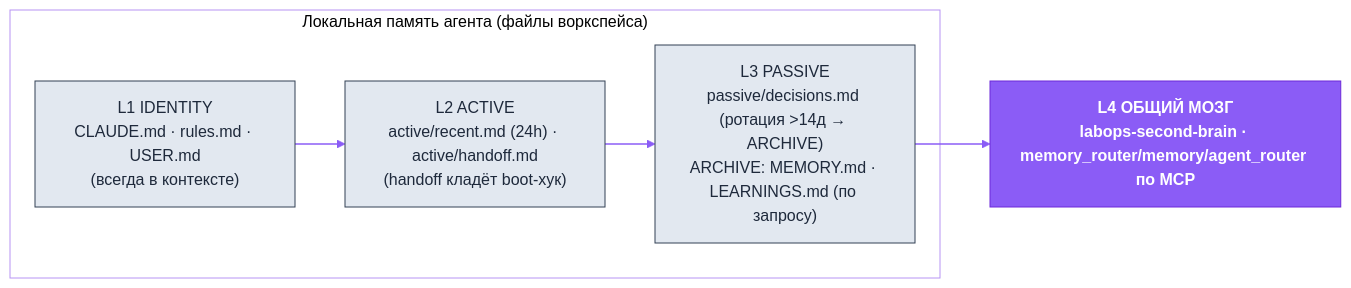
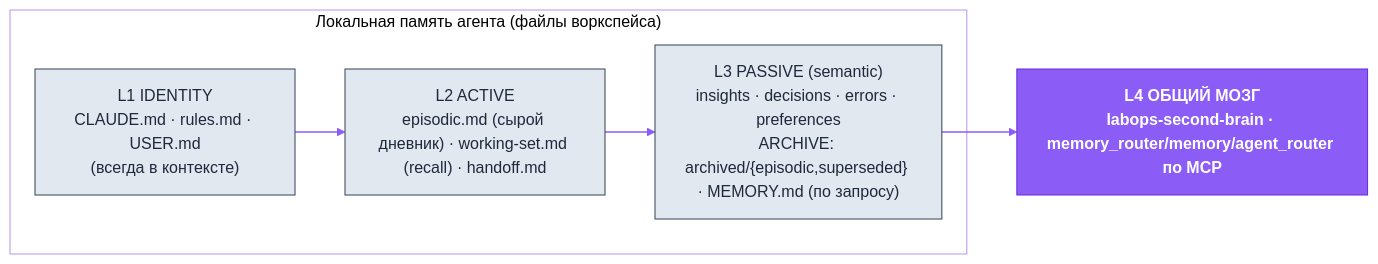
One commit to dediukhinpa/labops-ai-assistant changed the third of 4 diagrams in agent-architecture/README.ru.md. Above: the diagram before and after it, drawn with Mermaid. The commit also changed other lines of this file and 31 other files, not shown here.

First line of the commit message:
Phase 7: docs rewritten for the event-driven active/passive/archive model

````diff
--- a/agent-architecture/README.ru.md
+++ b/agent-architecture/README.ru.md
@@ -213,18 +213,18 @@
 ```mermaid
 %%{init: {'theme':'base','themeVariables':{'primaryColor':'#EDE9FE','primaryTextColor':'#4C1D95','primaryBorderColor':'#8B5CF6','lineColor':'#8B5CF6','secondaryColor':'#F1F5F9','tertiaryColor':'#ffffff','clusterBkg':'transparent','clusterBorder':'#B794F4','fontFamily':'Helvetica,Arial,sans-serif'}}}%%
 flowchart LR
   subgraph local["Локальная память агента (файлы воркспейса)"]
     L1["L1 IDENTITY<br/>CLAUDE.md · rules.md · USER.md<br/>(всегда в контексте)"]
-    L2["L2 ACTIVE<br/>active/recent.md (24h) · active/handoff.md<br/>(handoff кладёт boot-хук)"]
-    L3["L3 PASSIVE<br/>passive/decisions.md (ротация >14д → ARCHIVE)<br/>ARCHIVE: MEMORY.md · LEARNINGS.md (по запросу)"]
+    L2["L2 ACTIVE<br/>episodic.md (сырой дневник) · working-set.md (recall) · handoff.md"]
+    L3["L3 PASSIVE (semantic)<br/>insights · decisions · errors · preferences<br/>ARCHIVE: archived/{episodic,superseded} · MEMORY.md (по запросу)"]
   end
   L4["L4 ОБЩИЙ МОЗГ<br/>labops-second-brain · memory_router/memory/agent_router по MCP"]
   L1 --> L2 --> L3 --> L4
   classDef brand fill:#8B5CF6,stroke:#6D28D9,color:#ffffff,font-weight:bold
   classDef ext fill:#CCFBF1,stroke:#0D9488,color:#0F766E
   classDef store fill:#FEF3C7,stroke:#D97706,color:#92400E
   classDef sys fill:#E2E8F0,stroke:#334155,color:#1E293B
   linkStyle default stroke:#8B5CF6,stroke-width:1.5px
   class L4 brand
   class L1,L2,L3 sys
 ```
````
